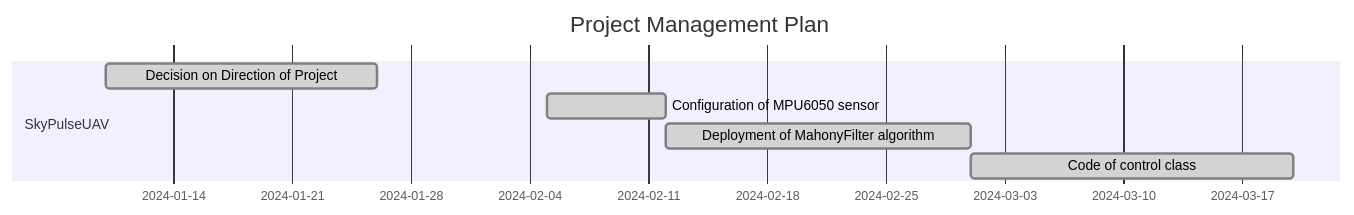
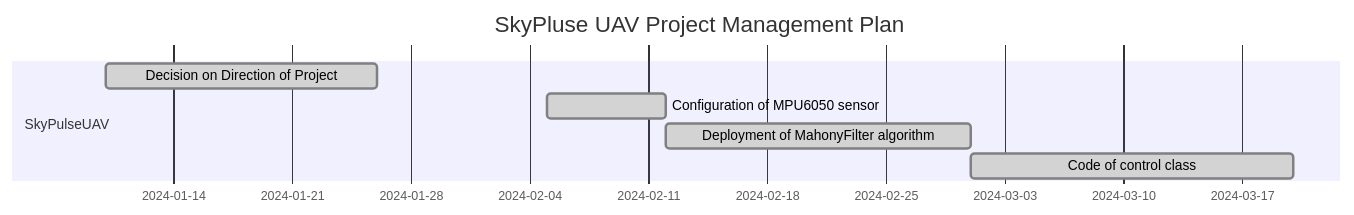
The diagram in README.md (Tony-Btian/SkyPulseUAV), drawn with Mermaid before and after one commit. The commit also changed other lines of this file and 15 other files, not shown here.

````diff
--- a/README.md
+++ b/README.md
@@ -39,12 +41,13 @@
 ```mermaid
 gantt
-    title Project Management Plan
+    title SkyPluse UAV Project Management Plan
     dateFormat  YYYY-MM-DD
     section SkyPulseUAV
 	todayMarker off
+	
     Decision on Direction of Project     :done,   des1, 2024-01-10,2024-01-26
     Configuration of MPU6050 sensor     :done,    des2, 2024-02-05, 2024-02-12
     Deployment of MahonyFilter algorithm    :done,    des3, after des2, 2024-03-01
     Code of control class  :done, des4, after des3, 2024-03-20
 
 ```
````
